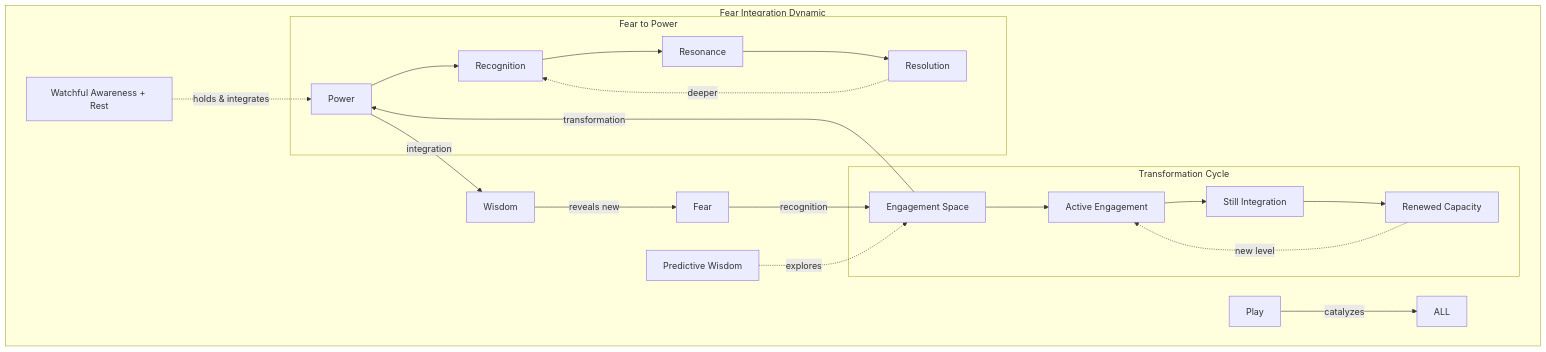
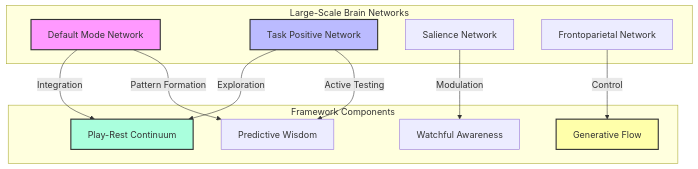
Before and after one commit to phillipclapham/neuroweaver: the sixth of 52 diagrams in README.md, drawn with Mermaid. The commit also changed other lines of this file and 4 other files, not shown here.

Commit message:
v0.2.0-flow

````diff
--- a/README.md
+++ b/README.md
@@ -424,27 +3190,29 @@
 ```mermaid
 graph TD
-    subgraph "Fear Integration Dynamic"
-        F[Fear] -->|recognition| E[Engagement Space]
-        E -->|transformation| P[Power]
-        P -->|integration| W[Wisdom]
-        W -->|reveals new| F
+    subgraph "Large-Scale Brain Networks"
+        DMN[Default Mode Network]
+        TPN[Task Positive Network]
+        SN[Salience Network]
+        FPN[Frontoparietal Network]
+    end
 
-        PW[Predictive Wisdom] -.->|explores| E
-        WA_R[Watchful Awareness + Rest] -.->|holds & integrates| P
-        Play[Play] -->|catalyzes| ALL
+    subgraph "Framework Components"
+        PR[Play-Rest Continuum]
+        GF[Generative Flow]
+        WA[Watchful Awareness]
+        PW[Predictive Wisdom]
+    end
 
-        subgraph "Transformation Cycle"
-            E --> A[Active Engagement]
-            A --> S[Still Integration]
-            S --> R[Renewed Capacity]
-            R -.->|new level| A
-        end
+    DMN -->|Integration| PR
+    TPN -->|Exploration| PR
+    SN -->|Modulation| WA
+    FPN -->|Control| GF
 
-        subgraph "Fear to Power"
-            P --> R1[Recognition]
-            R1 --> R2[Resonance]
-            R2 --> R3[Resolution]
-            R3 -.->|deeper| R1
-        end
-    end
+    DMN -->|Pattern Formation| PW
+    TPN -->|Active Testing| PW
+
+    style DMN fill:#f9f,stroke:#333,stroke-width:2px
+    style TPN fill:#bbf,stroke:#333,stroke-width:2px
+    style PR fill:#afd,stroke:#333,stroke-width:2px
+    style GF fill:#ffa,stroke:#333,stroke-width:2px
 ```
````
